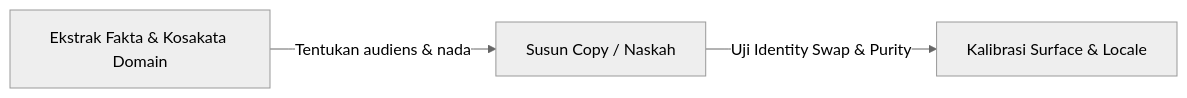
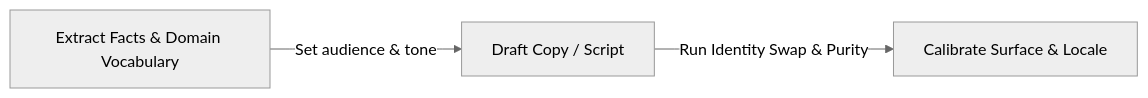
One commit to giriedu/maxilun changed the diagram in skills/maxilun-content/SKILL.md. Above: the diagram before and after it, drawn with Mermaid (neutral theme). The commit also changed other lines of this file and 207 other files, not shown here.

````diff
--- a/skills/maxilun-content/SKILL.md
+++ b/skills/maxilun-content/SKILL.md
@@ -62,5 +62,5 @@
 ```mermaid
 flowchart LR
-    A["Ekstrak Fakta & Kosakata Domain"] -->|Tentukan audiens & nada| B["Susun Copy / Naskah"]
-    B -->|Uji Identity Swap & Purity| C["Kalibrasi Surface & Locale"]
+    A["Extract Facts & Domain Vocabulary"] -->|Set audience & tone| B["Draft Copy / Script"]
+    B -->|Run Identity Swap & Purity| C["Calibrate Surface & Locale"]
 ```
````
